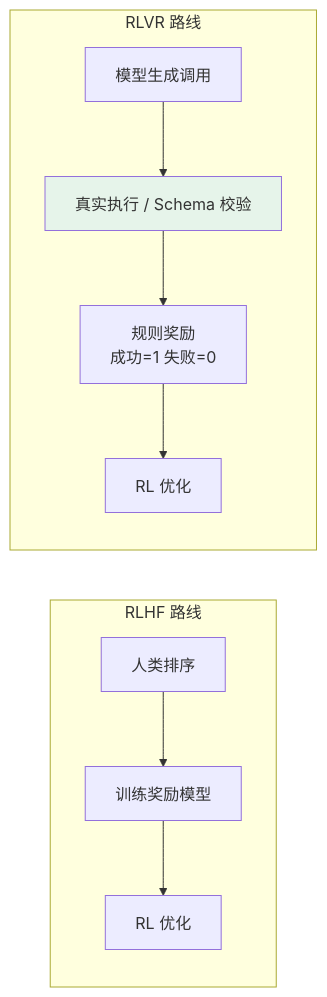
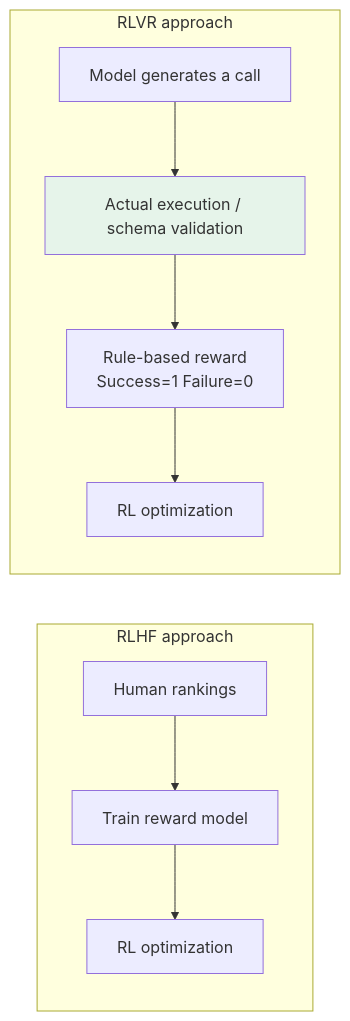
One commit to oneleaveknowsthefall/awesome-ai-roadmap changed the third of 4 diagrams in docs/tools/01-function-calling/02-tool-learning.md. Above: the diagram before and after it, drawn with Mermaid. The commit also changed other lines of this file and 42 other files, not shown here.

````diff
--- a/docs/tools/01-function-calling/02-tool-learning.md
+++ b/docs/tools/01-function-calling/02-tool-learning.md
@@ -151,13 +151,13 @@
 ```mermaid
 flowchart LR
-    subgraph RLHF["RLHF 路线"]
-        H1[人类排序] --> H2[训练奖励模型] --> H3[RL 优化]
+    subgraph RLHF["RLHF approach"]
+        H1[Human rankings] --> H2[Train reward model] --> H3[RL optimization]
     end
 
-    subgraph RLVR["RLVR 路线"]
-        V1[模型生成调用] --> V2[真实执行 / Schema 校验]
-        V2 --> V3["规则奖励<br/>成功=1 失败=0"] --> V4[RL 优化]
+    subgraph RLVR["RLVR approach"]
+        V1[Model generates a call] --> V2[Actual execution / schema validation]
+        V2 --> V3["Rule-based reward<br/>Success=1 Failure=0"] --> V4[RL optimization]
     end
 
     style V2 fill:#e6f4ea
 ```
````
